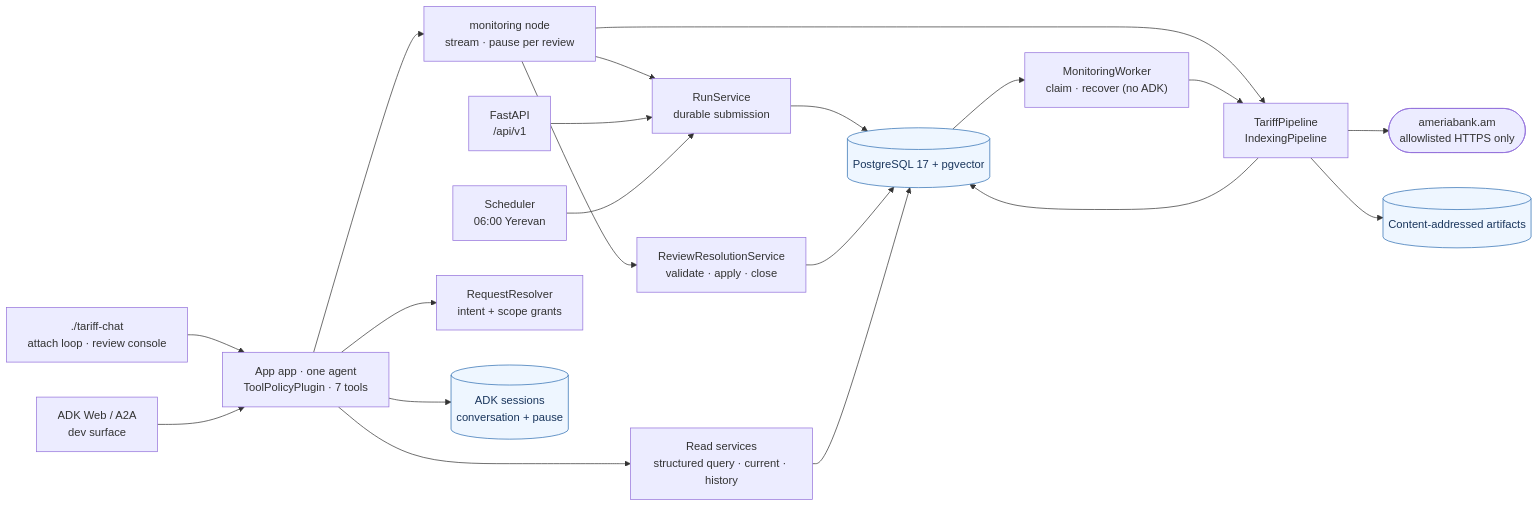
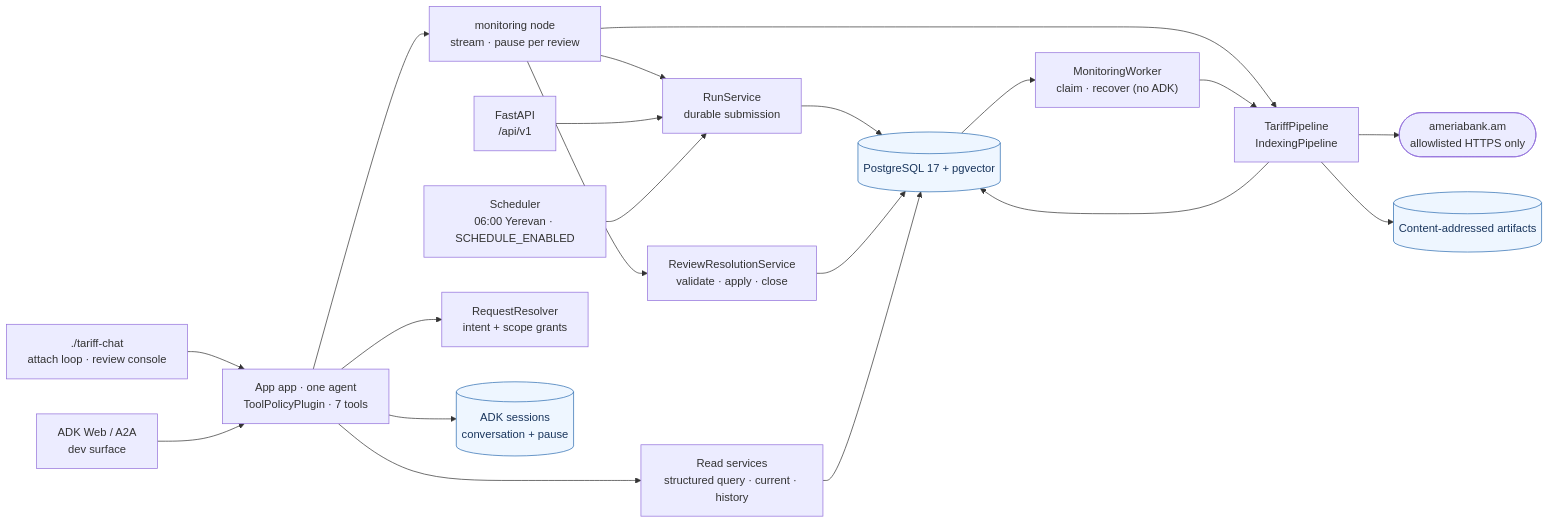
One commit to celineFar/bank-tariff-monitoring-agent changed the first of 4 diagrams in docs/architecture-diagram.md. Above: the diagram before and after it, drawn with Mermaid. The commit also changed other lines of this file and 16 other files, not shown here.

````diff
--- a/docs/architecture-diagram.md
+++ b/docs/architecture-diagram.md
@@ -23,44 +25,44 @@
 ```mermaid
 flowchart LR
     CLI["./tariff-chat<br/>attach loop · review console"]
     WEB["ADK Web / A2A<br/>dev surface"]
     HTTP["FastAPI<br/>/api/v1"]
-    SCHED["Scheduler<br/>06:00 Yerevan"]
+    SCHED["Scheduler<br/>06:00 Yerevan · SCHEDULE_ENABLED"]
 
     AGENT["App app · one agent<br/>ToolPolicyPlugin · 7 tools"]
     NODE["monitoring node<br/>stream · pause per review"]
     RESOLVER["RequestResolver<br/>intent + scope grants"]
     QUERY["Read services<br/>structured query · current · history"]
     RUNSVC["RunService<br/>durable submission"]
     WORKER["MonitoringWorker<br/>claim · recover (no ADK)"]
     PIPE["TariffPipeline<br/>IndexingPipeline"]
     REVIEW["ReviewResolutionService<br/>validate · apply · close"]
 
     PG[("PostgreSQL 17 + pgvector")]
     ADKS[("ADK sessions<br/>conversation + pause")]
     FS[("Content-addressed artifacts")]
     BANK(["ameriabank.am<br/>allowlisted HTTPS only"])
 
     CLI --> AGENT
     WEB --> AGENT
     AGENT --> ADKS
     AGENT --> RESOLVER
     AGENT --> QUERY
     AGENT --> NODE
     NODE --> RUNSVC
     NODE --> PIPE
     NODE --> REVIEW
     HTTP --> RUNSVC
     SCHED --> RUNSVC
     RUNSVC --> PG
     PG --> WORKER
     WORKER --> PIPE
     REVIEW --> PG
     PIPE --> BANK
     PIPE --> FS
     PIPE --> PG
     QUERY --> PG
 
     classDef storeBox fill:#eef6ff,stroke:#2b6cb0,color:#1a365d
     class PG,ADKS,FS storeBox
 ```
````
